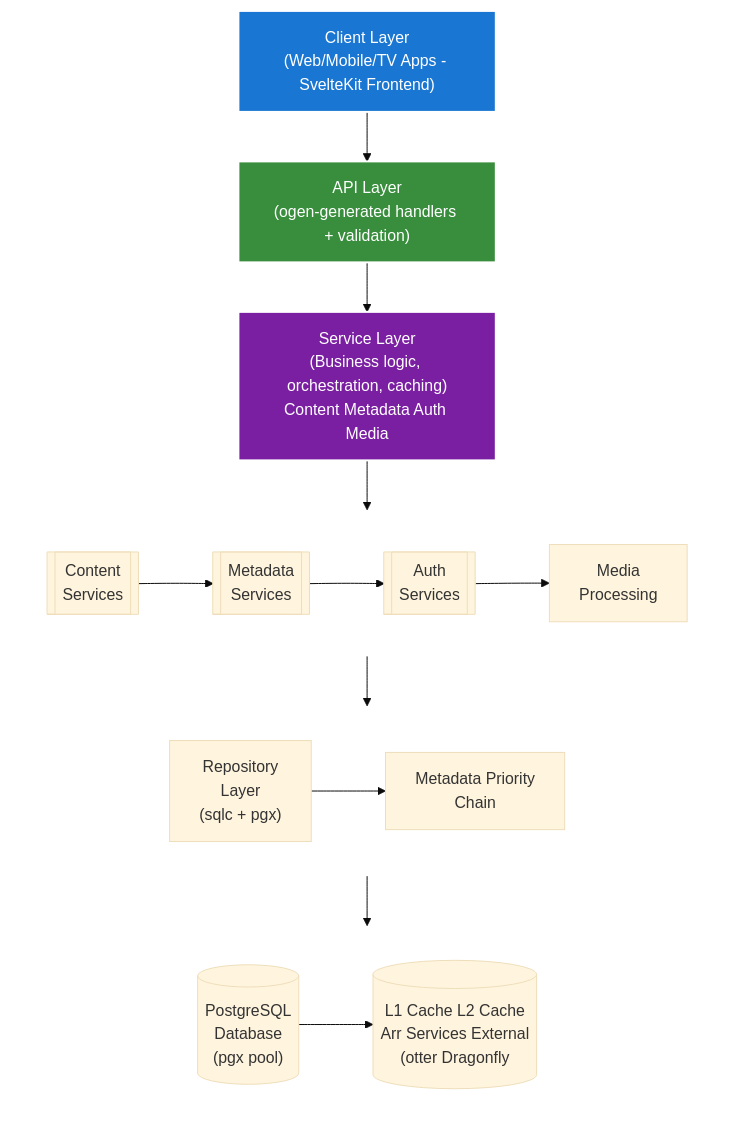
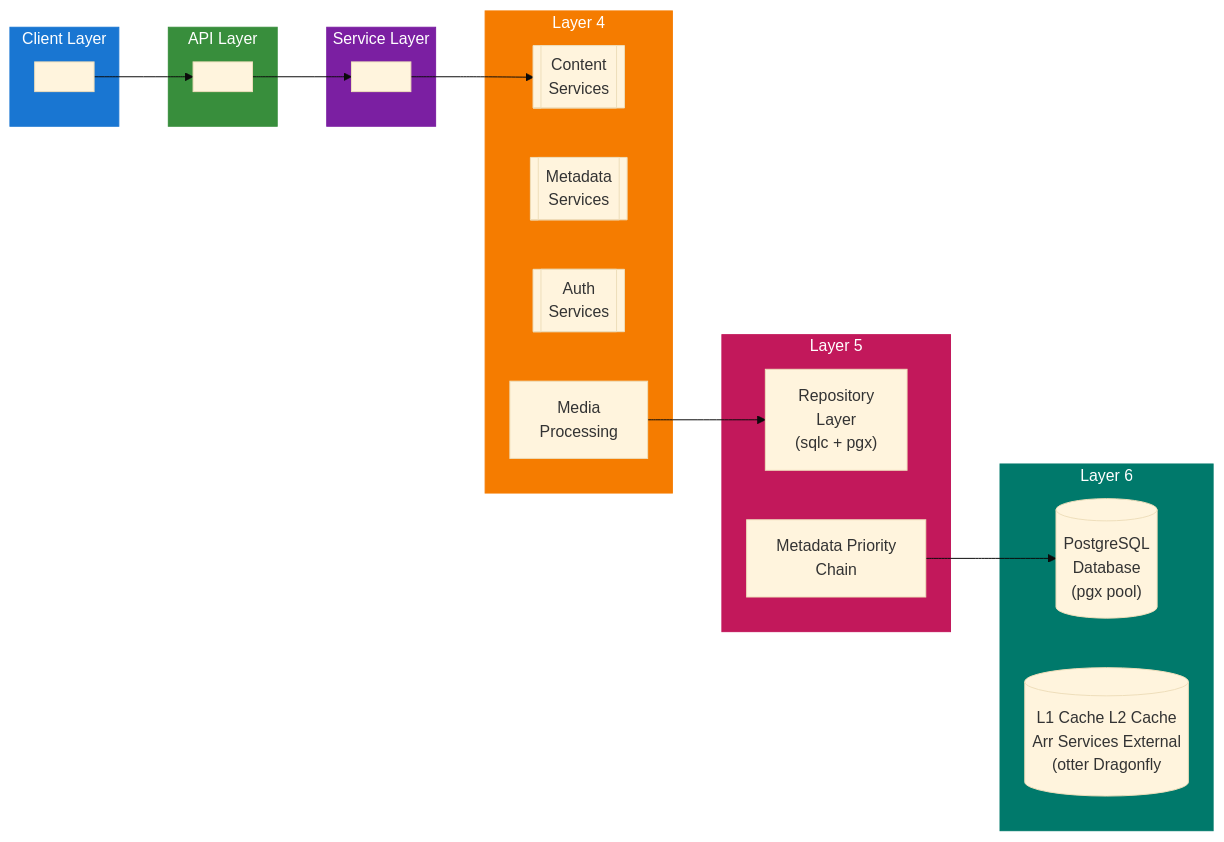
Before and after one commit to lusoris/revenge: the diagram in docs/dev/design/architecture/01_ARCHITECTURE.md, drawn with Mermaid (base theme). The commit also changed 215 other files, not shown here.

First line of the commit message:
feat(diagrams): convert all ASCII diagrams to Mermaid with LR subgraphs

````diff
--- a/docs/dev/design/architecture/01_ARCHITECTURE.md
+++ b/docs/dev/design/architecture/01_ARCHITECTURE.md
@@ -62,43 +62,46 @@
 ```mermaid
-flowchart TD
-    node1["Client Layer<br/>(Web/Mobile/TV Apps - SvelteKit Frontend)"]
-    node2["API Layer<br/>(ogen-generated handlers + validation)"]
-    node3["Service Layer<br/>(Business logic, orchestration, caching)<br/>Content Metadata Auth Media"]
-    subgraph row1[ ]
-        direction LR
+flowchart LR
+    subgraph Client["Client Layer"]
+        node1[" "]
+    end
+
+    subgraph API["API Layer"]
+        node2[" "]
+    end
+
+    subgraph Service["Service Layer"]
+        node3[" "]
+    end
+
+    subgraph Layer4["Layer 4"]
         node4[["Content<br/>Services"]]
         node5[["Metadata<br/>Services"]]
         node6[["Auth<br/>Services"]]
         node7["Media<br/>Processing"]
     end
-    subgraph row2[ ]
-        direction LR
+
+    subgraph Layer5["Layer 5"]
         node8["Repository<br/>Layer<br/>(sqlc + pgx)"]
         node9["Metadata Priority<br/>Chain"]
     end
-    subgraph row3[ ]
-        direction LR
+
+    subgraph Layer6["Layer 6"]
         node10[("PostgreSQL<br/>Database<br/>(pgx pool)")]
         node11[("L1 Cache L2 Cache<br/>Arr Services External<br/>(otter Dragonfly")]
     end
-    node4 --> node5
-    node5 --> node6
-    node6 --> node7
-    node8 --> node9
-    node10 --> node11
+
+    %% Connections
     node1 --> node2
     node2 --> node3
     node3 --> node4
     node7 --> node8
     node9 --> node10
 
-    %% Layer styling
-    style node1 fill:#1976D2,stroke:#fff,stroke-width:2px,color:#fff
-    style node2 fill:#388E3C,stroke:#fff,stroke-width:2px,color:#fff
-    style node3 fill:#7B1FA2,stroke:#fff,stroke-width:2px,color:#fff
-
-    %% Hide row subgraph borders
-    style row1 fill:transparent,stroke:transparent
-    style row2 fill:transparent,stroke:transparent
-    style row3 fill:transparent,stroke:transparent
+    %% Styling
+    style Client fill:#1976D2,stroke:#1976D2,color:#fff
+    style API fill:#388E3C,stroke:#388E3C,color:#fff
+    style Service fill:#7B1FA2,stroke:#7B1FA2,color:#fff
+    style Layer4 fill:#F57C00,stroke:#F57C00,color:#fff
+    style Layer5 fill:#C2185B,stroke:#C2185B,color:#fff
+    style Layer6 fill:#00796B,stroke:#00796B,color:#fff
 ```
````
